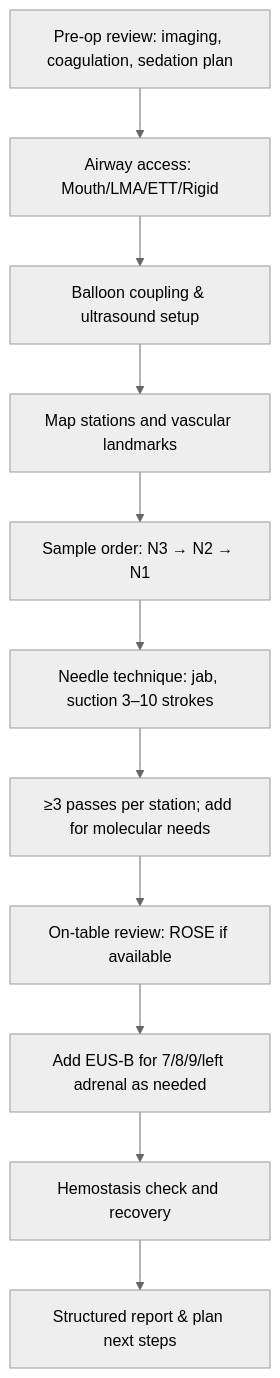
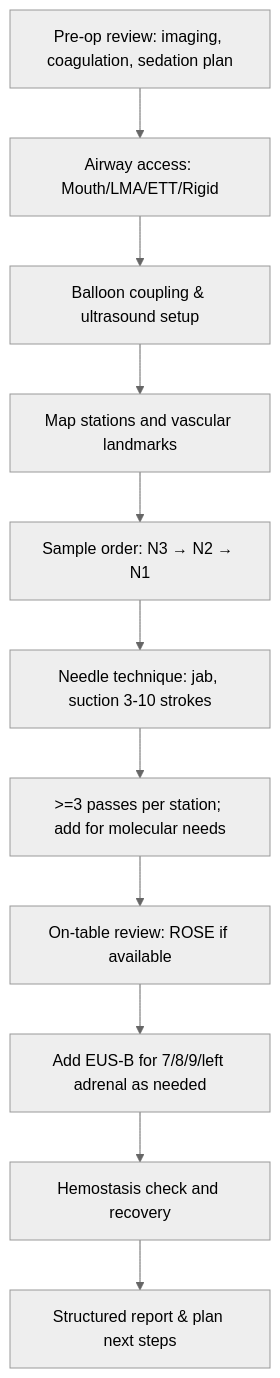
One commit to russellmiller49/Interventional-Pulm-Education-Project changed the second of 2 diagrams in content/modules/board/lung-cancer-staging-and-linear-ebus.mdx. Above: the diagram before and after it, drawn with Mermaid (neutral theme). The commit also changed other lines of this file and 23 other files, not shown here.

````diff
--- a/content/modules/board/lung-cancer-staging-and-linear-ebus.mdx
+++ b/content/modules/board/lung-cancer-staging-and-linear-ebus.mdx
@@ -214,13 +214,13 @@
 ```mermaid
 flowchart TD
 A[Pre-op review: imaging, coagulation, sedation plan] --> B[Airway access: Mouth/LMA/ETT/Rigid]
 B --> C[Balloon coupling & ultrasound setup]
 C --> D[Map stations and vascular landmarks]
 D --> E[Sample order: N3 → N2 → N1]
-E --> F[Needle technique: jab, suction 3–10 strokes]
-F --> G[≥3 passes per station; add for molecular needs]
+E --> F[Needle technique: jab, suction 3-10 strokes]
+F --> G[>=3 passes per station; add for molecular needs]
 G --> H[On-table review: ROSE if available]
 H --> I[Add EUS-B for 7/8/9/left adrenal as needed]
 I --> J[Hemostasis check and recovery]
 J --> K[Structured report & plan next steps]
 ```
````
